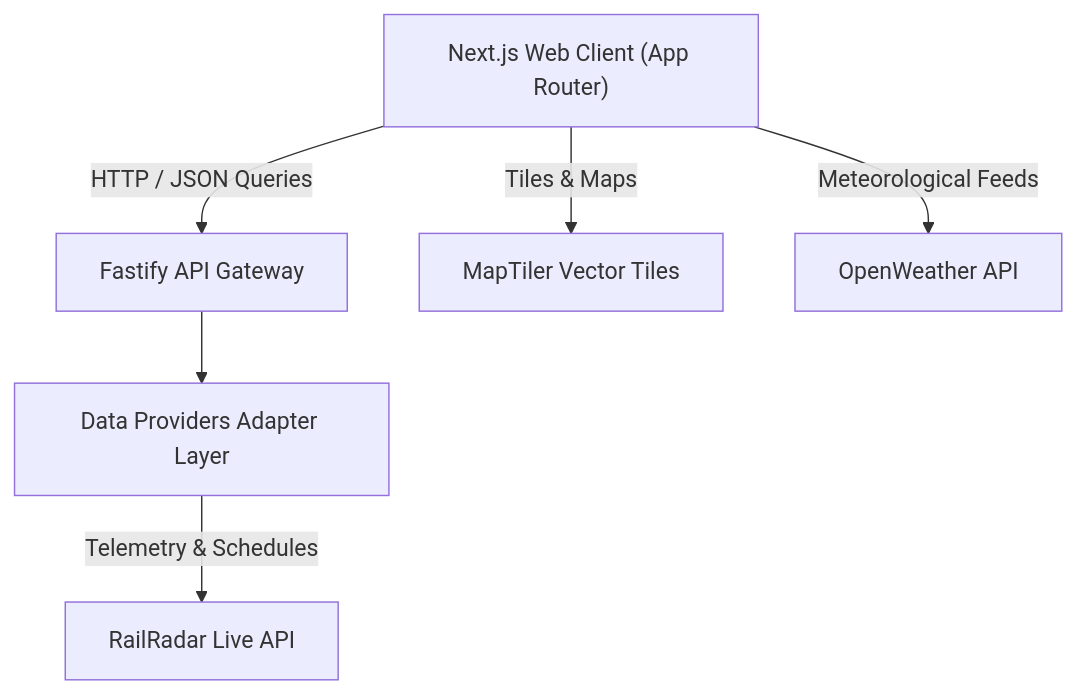
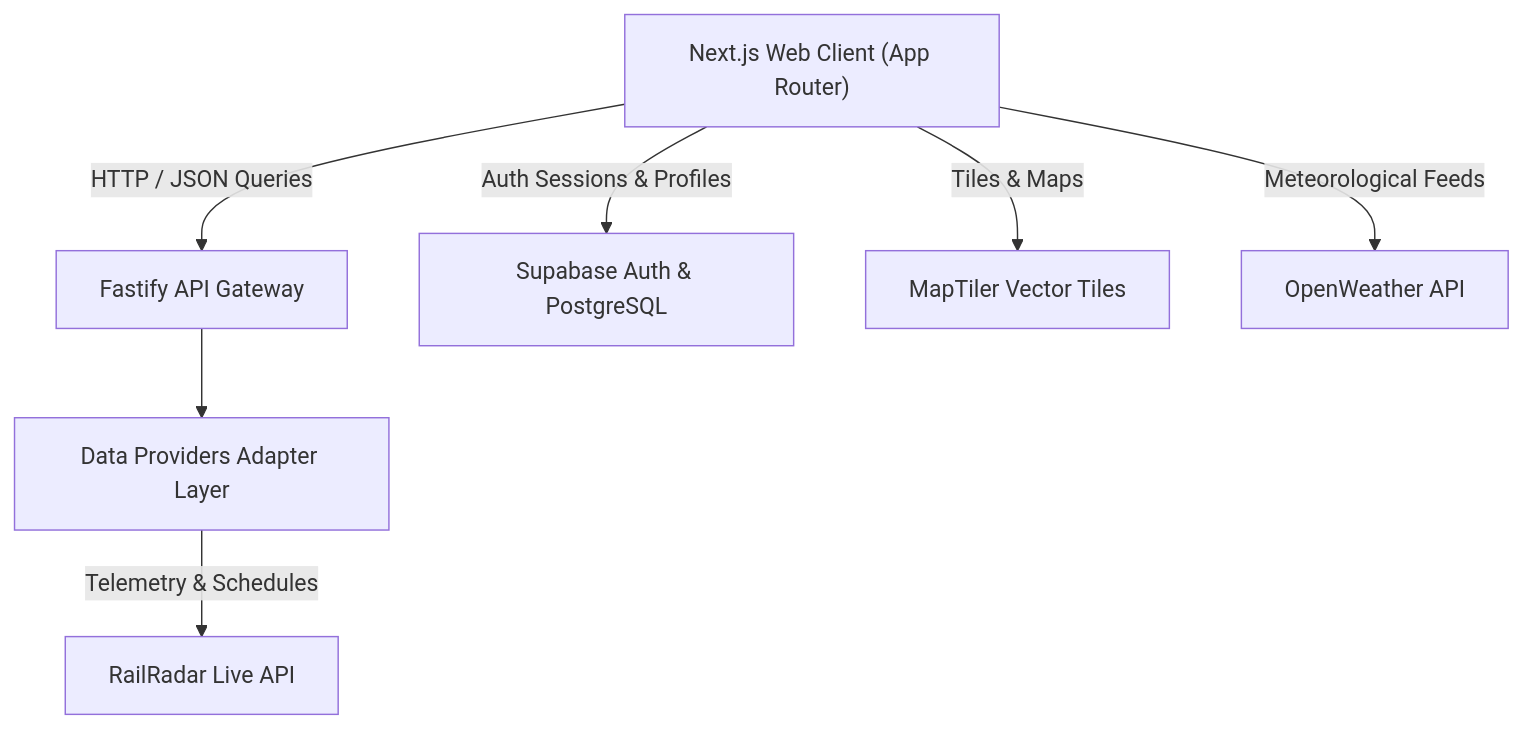
The diagram in README.md (Sujalkan07/Exprest), drawn with Mermaid before and after one commit. The commit also changed other lines of this file and 18 other files, not shown here.

Commit message:
feat: production deployment readiness, Supabase Auth integration, and security credentials audit

````diff
--- a/README.md
+++ b/README.md
@@ -59,15 +63,17 @@
 ```mermaid
 graph TD
     Client["Next.js Web Client (App Router)"]
     API["Fastify API Gateway"]
     Providers["Data Providers Adapter Layer"]
+    Supabase["Supabase Auth & PostgreSQL"]
     RailRadar["RailRadar Live API"]
     MapTiler["MapTiler Vector Tiles"]
     OpenWeather["OpenWeather API"]
 
     Client -->|HTTP / JSON Queries| API
+    Client -->|Auth Sessions & Profiles| Supabase
     API --> Providers
     Providers -->|Telemetry & Schedules| RailRadar
     Client -->|Tiles & Maps| MapTiler
     Client -->|Meteorological Feeds| OpenWeather
 ```
````
